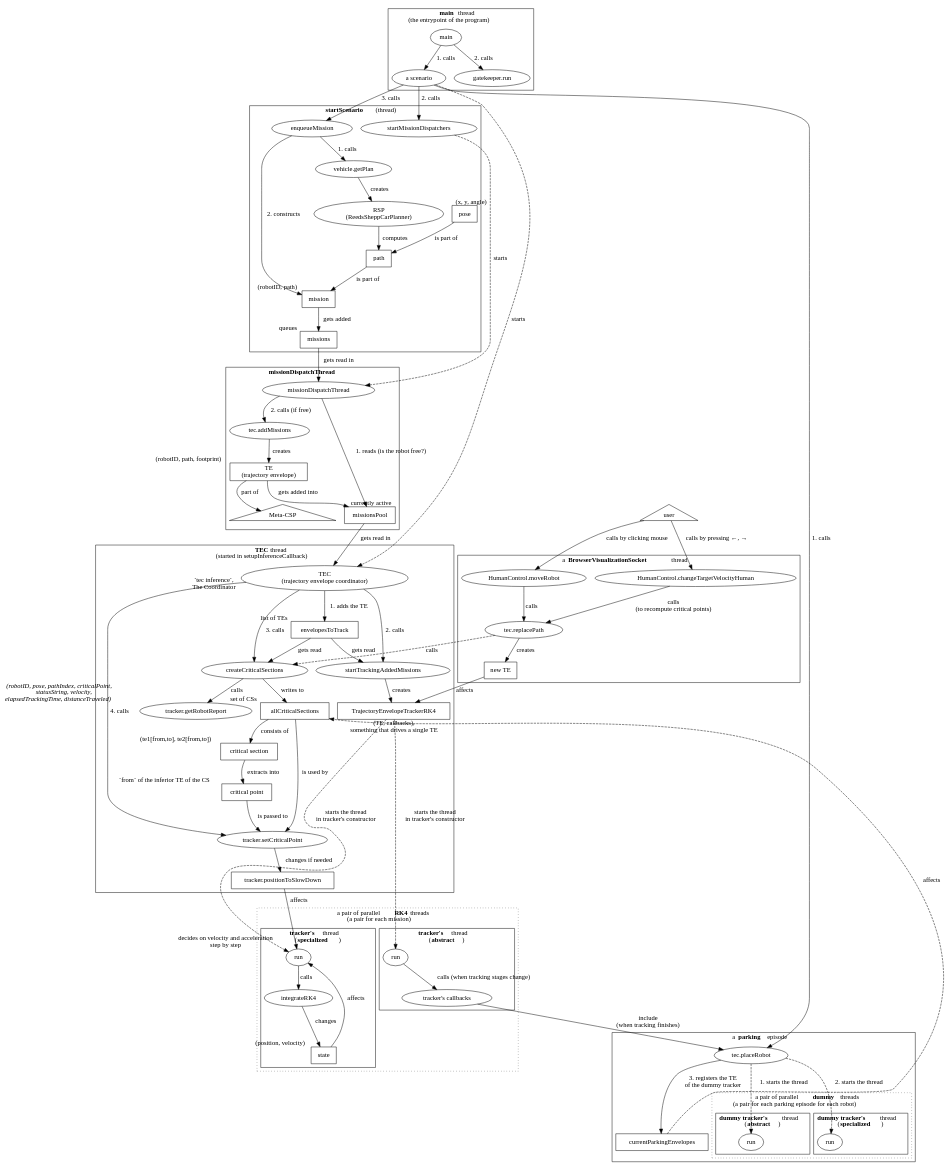
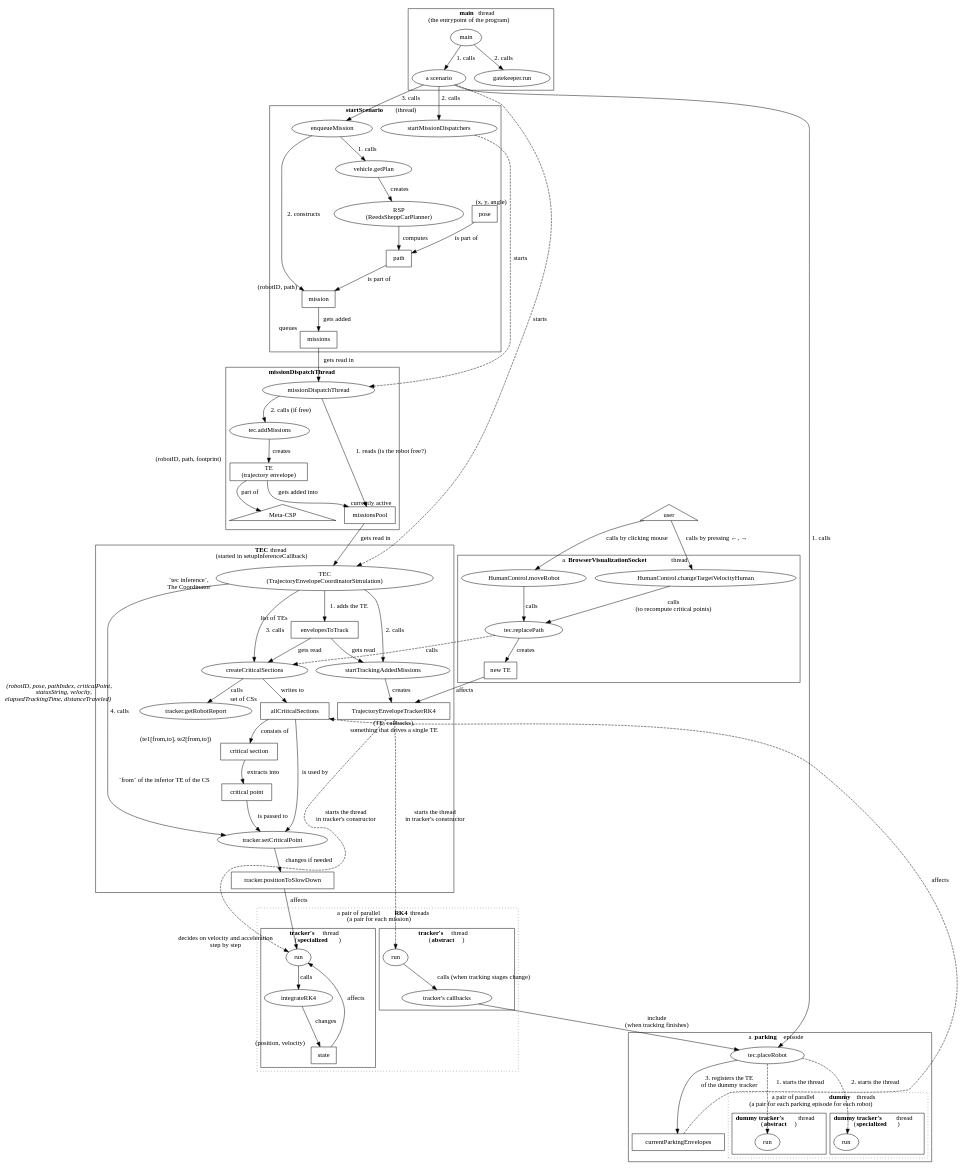
The diagram in notes/project-structure.dot (Olga-Mironenko/coordination_oru), drawn with Graphviz before and after one commit. The commit also changed 7 other files, not shown here.

Commit message:
TrajectoryEnvelopeCoordinatorSimulation: collisions (minor and major) are tracked now

```diff
--- a/notes/project-structure.dot
+++ b/notes/project-structure.dot
@@ -1,182 +1,182 @@
 digraph {
     // Data:
     missions [shape=rect, xlabel="queues"]
     mission [shape=rect, xlabel="(robotID, path)"]
     missionsPool [shape=rect, xlabel="currently active"]
     path [shape=rect]
     pose [shape=rect, xlabel="(x, y, angle)"]
     envelopesToTrack [shape=rect, xlabel="list of TEs"]
     TE [shape=rect, label="TE\n(trajectory envelope)", xlabel="(robotID, path, footprint)"]
     "new TE" [shape=rect]
     "Meta-CSP" [shape=triangle]
     user [shape=triangle]
-    TEC [label="TEC\n(trajectory envelope coordinator)", xlabel="`tec inference`,\nThe Coordinator"]
+    TEC [label="TEC\n(TrajectoryEnvelopeCoordinatorSimulation)", xlabel="`tec inference`,\nThe Coordinator"]
     allCriticalSections [shape=rect, xlabel="set of CSs"]
     "critical section" [shape=rect, xlabel="(te1[from,to], te2[from,to])"]
     "critical point" [shape=rect, xlabel="`from` of the inferior TE of the CS"]
     TrajectoryEnvelopeTrackerRK4 [shape=rect, xlabel="(TE, callbacks),\nsomething that drives a single TE"]
     "tracker.run" [xlabel="decides on velocity and acceleration\nstep by step"]
     state [shape=rect, xlabel="(position, velocity)"]
     "tracker.positionToSlowDown" [shape=rect]
     currentParkingEnvelopes [shape=rect]
     RSP [label="RSP\n(ReedsSheppCarPlanner)"]
 
     subgraph cluster_main {
         label=<<b>main</b> thread<br/>(the entrypoint of the program)>
 
         "main" -> "a scenario" [label="1. calls"]
         "main" -> "gatekeeper.run" [label="2. calls"]
     }
 
     subgraph cluster_startScenario {
         label=<<b>startScenario</b> (thread)>
 
         "a scenario" -> startMissionDispatchers [label="2. calls"]
         "a scenario" -> enqueueMission [label="3. calls"]
         enqueueMission -> "vehicle.getPlan" [label="1. calls"]
         "vehicle.getPlan" -> RSP [label="creates"]
         RSP -> path [label="computes"]
         path -> mission [label="is part of"]
         pose -> path [label="is part of"]
         enqueueMission -> mission [label="2. constructs"]
         mission -> missions [label="gets added"]
     }
 
     subgraph cluster_missionDispatchThread {
         label=<<b>missionDispatchThread</b>>
 
         missions -> missionDispatchThread [label="gets read in"]
         startMissionDispatchers -> missionDispatchThread [label="starts", style=dashed]
         missionDispatchThread -> "missionsPool" [label="1. reads (is the robot free?)"]
         missionDispatchThread -> "tec.addMissions" [label="2. calls (if free)"]
         "tec.addMissions" -> TE [label="creates"]
         TE -> missionsPool [label="gets added into"]
         TE -> "Meta-CSP" [label="part of"]
     }
 
     subgraph cluster_TEC {
         label=<<b>TEC</b> thread<br/>(started in setupInferenceCallback)>
 
         "tracker.getRobotReport" [xlabel=<<i>(robotID, pose, pathIndex, criticalPoint,<br/>statusString, velocity,<br/>elapsedTrackingTime, distanceTraveled)</i>>]
 
         "a scenario" -> TEC [label="starts", constraint=false, style=dashed]
         missionsPool -> TEC [label="gets read in"]
         TEC -> envelopesToTrack [label="1. adds the TE"]
         TEC -> startTrackingAddedMissions [label="2. calls"]
         TEC -> createCriticalSections [label="3. calls"]
         TEC -> "tracker.setCriticalPoint" [label="4. calls"]
         envelopesToTrack -> createCriticalSections [label="gets read"]
         envelopesToTrack -> startTrackingAddedMissions [label="gets read"]
 
         createCriticalSections -> allCriticalSections [label="writes to"]
         startTrackingAddedMissions -> TrajectoryEnvelopeTrackerRK4 [label="creates"]
 
         createCriticalSections -> "tracker.getRobotReport" [label="calls"]
         allCriticalSections -> "tracker.setCriticalPoint" [label="is used by"]
         allCriticalSections -> "critical section" [label="consists of"]
         "critical section" -> "critical point" [label="extracts into"]
         "critical point" -> "tracker.setCriticalPoint" [label="is passed to"]
         "tracker.setCriticalPoint" -> "tracker.positionToSlowDown" [label="changes if needed"]
     }
 
     subgraph cluster_tracker_threads {
         label=<a pair of parallel <b>RK4</b> threads<br/>(a pair for each mission)>
         graph [style=dotted]
 
         subgraph cluster_tracker_RK4 {
             label=<<b>tracker's</b> thread<br/>(<b>specialized</b>)>
             graph [style=solid]
 
             "tracker.run" [label="run"]
             TrajectoryEnvelopeTrackerRK4 -> "tracker.run" [label="starts the thread\nin tracker's constructor", constraint=false, style=dashed]
             state -> "tracker.run" [label="affects"]
             "tracker.positionToSlowDown" -> "tracker.run" [label="affects"]
             "tracker.run" -> integrateRK4 [label="calls"]
             integrateRK4 -> state [label="changes"]
         }
 
         subgraph cluster_tracker_abstract {
         label=<<b>tracker's</b> thread<br/>(<b>abstract</b>)>
             graph [style=solid]
 
             "(abstract) tracker.run" [label="run"]
             TrajectoryEnvelopeTrackerRK4 -> "(abstract) tracker.run" [label="starts the thread\nin tracker's constructor", style=dashed]
             "(abstract) tracker.run" -> "tracker's callbacks" [label="calls (when tracking stages change)"]
         }
     }
 
     subgraph cluster_parking {
         label=<a <b>parking</b> episode>
 
         "a scenario" -> "tec.placeRobot" [label="1. calls"]
         "tracker's callbacks" -> "tec.placeRobot" [label="include\n(when tracking finishes)"]
 
         "tec.placeRobot" -> "(dummy, abstract) tracker.run" [label="1. starts the thread", style=dashed]
         "tec.placeRobot" -> "(dummy) tracker.run" [label="2. starts the thread", style=dashed]
 
         "tec.placeRobot" -> currentParkingEnvelopes [label="3. registers the TE\nof the dummy tracker"]
         currentParkingEnvelopes -> allCriticalSections [label="affects", constraint=false, style=dashed]
 
         subgraph cluster_tracker_dummy_threads {
             label=<a pair of parallel <b>dummy</b> threads<br/>(a pair for each parking episode for each robot)>
             graph [style=dotted]
 
             subgraph cluster_tracker_dummy_RK4 {
                 label=<<b>dummy tracker's</b> thread<br/>(<b>specialized</b>)>
                 graph [style=solid]
 
                 "(dummy) tracker.run" [label="run"]
             }
 
             subgraph cluster_tracker_dummy_abstract {
                 label=<<b>dummy tracker's</b> thread<br/>(<b>abstract</b>)>
                 graph [style=solid]
 
                 "(dummy, abstract) tracker.run" [label="run"]
             }
         }
     }
 
     user -> "HumanControl.moveRobot" [label="calls by clicking mouse"]
     user -> "HumanControl.changeTargetVelocityHuman" [label="calls by pressing ←, →"]
 
     subgraph cluster_visualization {
         label=<a <b>BrowserVisualizationSocket</b> thread>
 
         "HumanControl.moveRobot" -> "tec.replacePath" [label="calls"]
         "HumanControl.changeTargetVelocityHuman"  -> "tec.replacePath" [label="calls\n(to recompute critical points)"]
         "tec.replacePath" -> "new TE" [label="creates"]
         "tec.replacePath" -> createCriticalSections [label="calls", constraint=false, style=dashed]
         "new TE" -> TrajectoryEnvelopeTrackerRK4 [label="affects"]
     }
 }
 
 /*
 gates = {LinkedBlockingQueue@4190}    size = 12
 
 Common:
 7 = {Gate@4201} "Gate[missionDispatchThread's sleep(500)]" -- передаёт миссии от сценария координатору
 5 = {Gate@4199} "Gate[TrajectoryEnvelopeCoordinator inference's sleep(500)]" -- координатор
 6 = {Gate@4200} "Gate[Visualization update thread's sleep(30)]" -- визуализация (передача данных в браузер)
 8 = {Gate@4202} "Gate[forcing thread's sleep(100)]" -- конкретно в GridTest
 
 Robot 0:
 4 = {Gate@4198} "Gate[Abstract tracker Robot0's sleep(100)]" -- отслеживание этапов
 3 = {Gate@4197} "Gate[RK4 tracker Robot0's sleep(100)]" -- собственно изменение этапов
     or Gate[Parking tracker Robot0's initial] -- Dummy
 
 Robot 1:
 2 = {Gate@4196} "Gate[Abstract tracker Robot1's sleep(100)]"
 1 = {Gate@4195} "Gate[RK4 tracker Robot1's sleep(100)]"
 
 Robot 2:
 0 = {Gate@4194} "Gate[Abstract tracker Robot2's sleep(100)]"
 11 = {Gate@4205} "Gate[RK4 tracker Robot2's sleep(100)]"
 
 Robot 3:
 10 = {Gate@4204} "Gate[Abstract tracker Robot3's sleep(100)]"
 9 = {Gate@4203} "Gate[RK4 tracker Robot3's sleep(100)]"
 
 
 RobotReport(te.getRobotID(), pose, currentPathIndex, state.getVelocity(), state.getPosition(), this.criticalPoint);
 */
```
